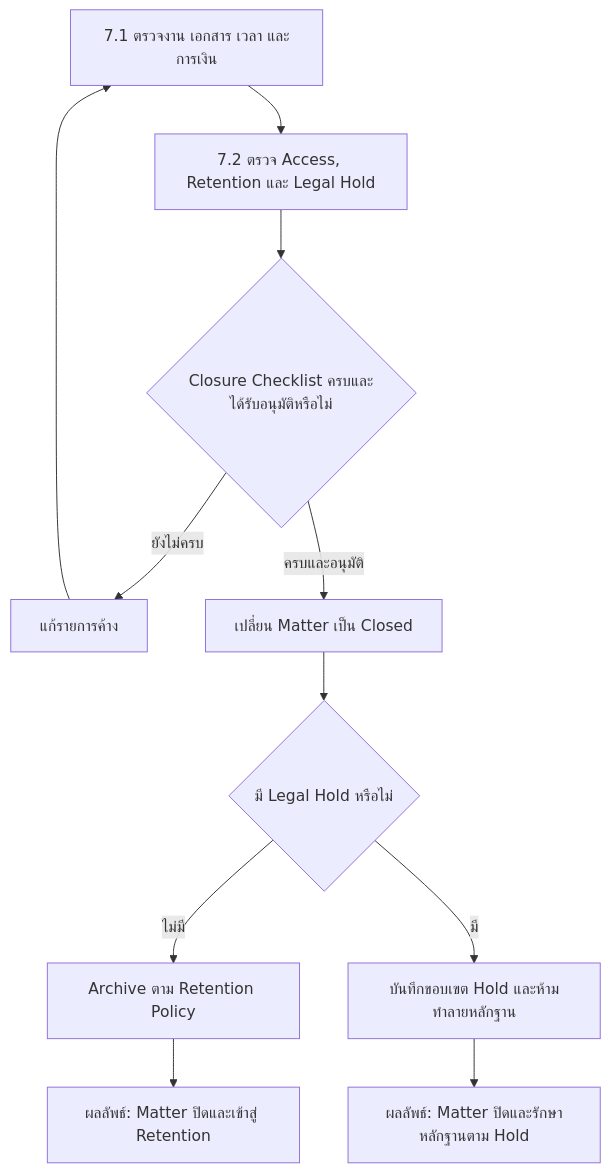
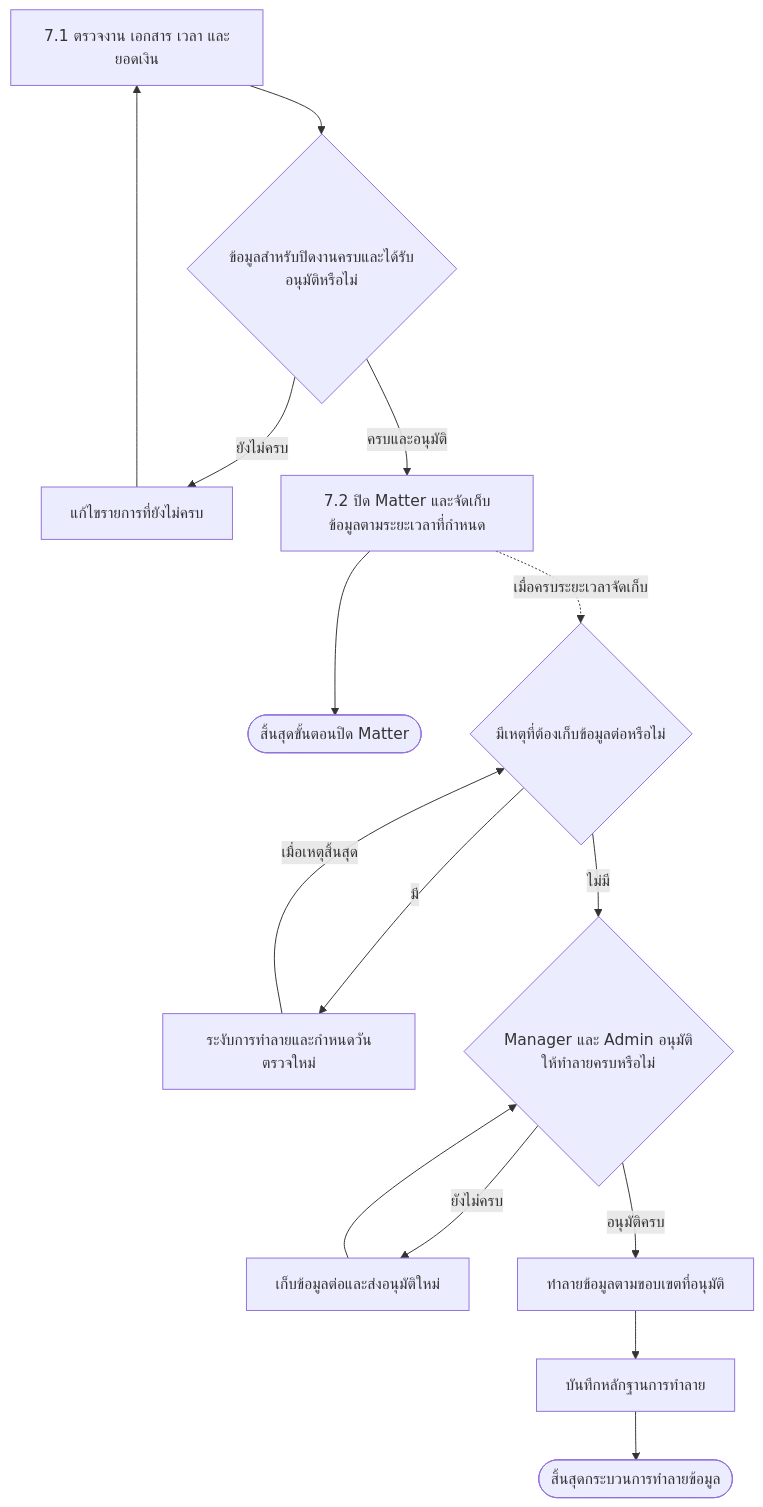
Before and after one commit to yukasung/legal_erp_docs: the seventh of 7 diagrams in docs/app/docs/workflow/page.mdx, drawn with Mermaid. The commit also changed other lines of this file, not shown here.

Commit message:
docs: clarify billing and disposal workflow

````diff
--- a/docs/app/docs/workflow/page.mdx
+++ b/docs/app/docs/workflow/page.mdx
@@ -163,13 +163,18 @@
 ```mermaid
 flowchart TD
-  A["7.1 ตรวจงาน เอกสาร เวลา และการเงิน"] --> B["7.2 ตรวจ Access, Retention และ Legal Hold"]
-  B --> C{"Closure Checklist ครบและได้รับอนุมัติหรือไม่"}
-  C -->|ยังไม่ครบ| D["แก้รายการค้าง"]
-  D --> A
-  C -->|ครบและอนุมัติ| E["เปลี่ยน Matter เป็น Closed"]
-  E --> F{"มี Legal Hold หรือไม่"}
-  F -->|ไม่มี| G["Archive ตาม Retention Policy"]
-  F -->|มี| H["บันทึกขอบเขต Hold และห้ามทำลายหลักฐาน"]
-  G --> R["ผลลัพธ์: Matter ปิดและเข้าสู่ Retention"]
-  H --> S["ผลลัพธ์: Matter ปิดและรักษาหลักฐานตาม Hold"]
+  A["7.1 ตรวจงาน เอกสาร เวลา และยอดเงิน"] --> B{"ข้อมูลสำหรับปิดงานครบและได้รับอนุมัติหรือไม่"}
+  B -->|ยังไม่ครบ| C["แก้ไขรายการที่ยังไม่ครบ"]
+  C --> A
+  B -->|ครบและอนุมัติ| D["7.2 ปิด Matter และจัดเก็บข้อมูลตามระยะเวลาที่กำหนด"]
+  D --> Z(["สิ้นสุดขั้นตอนปิด Matter"])
+
+  D -. เมื่อครบระยะเวลาจัดเก็บ .-> E{"มีเหตุที่ต้องเก็บข้อมูลต่อหรือไม่"}
+  E -->|มี| F["ระงับการทำลายและกำหนดวันตรวจใหม่"]
+  F -->|เมื่อเหตุสิ้นสุด| E
+  E -->|ไม่มี| G{"Manager และ Admin อนุมัติให้ทำลายครบหรือไม่"}
+  G -->|ยังไม่ครบ| H["เก็บข้อมูลต่อและส่งอนุมัติใหม่"]
+  H --> G
+  G -->|อนุมัติครบ| I["ทำลายข้อมูลตามขอบเขตที่อนุมัติ"]
+  I --> J["บันทึกหลักฐานการทำลาย"]
+  J --> Y(["สิ้นสุดกระบวนการทำลายข้อมูล"])
 ```
````
